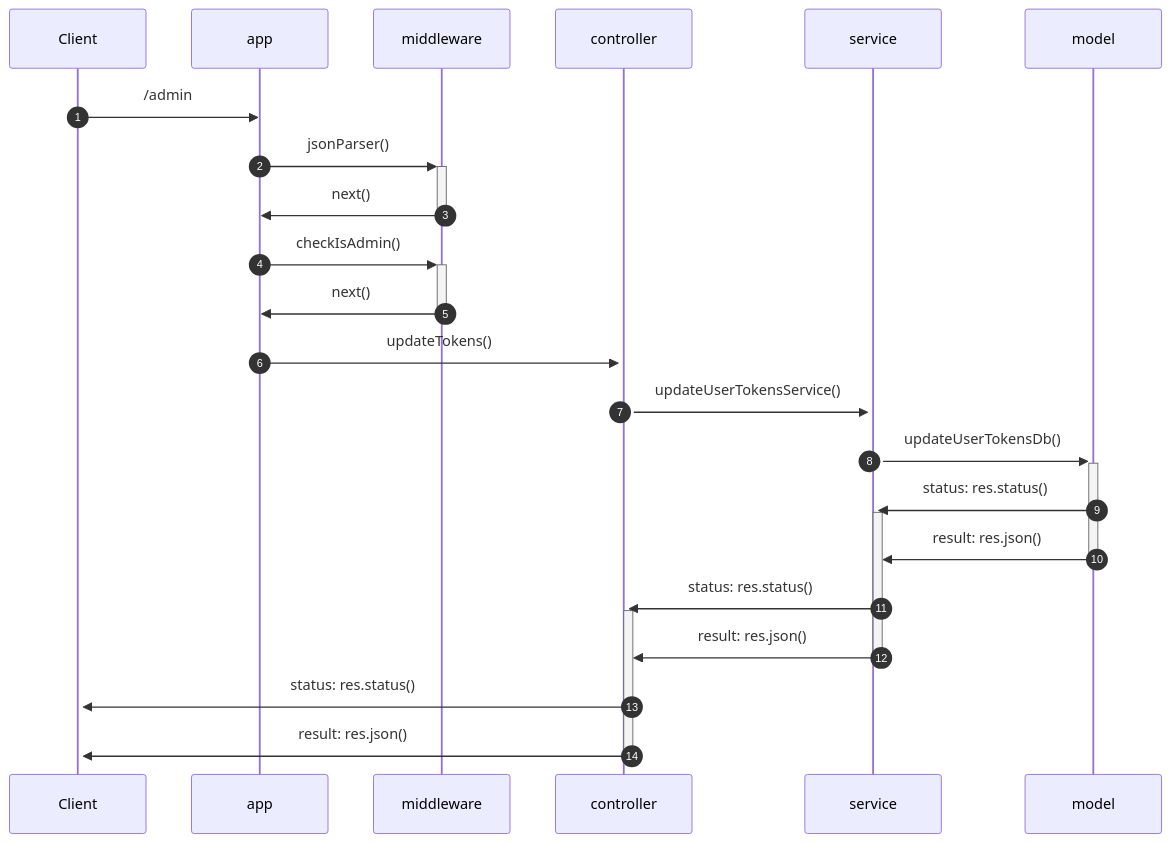
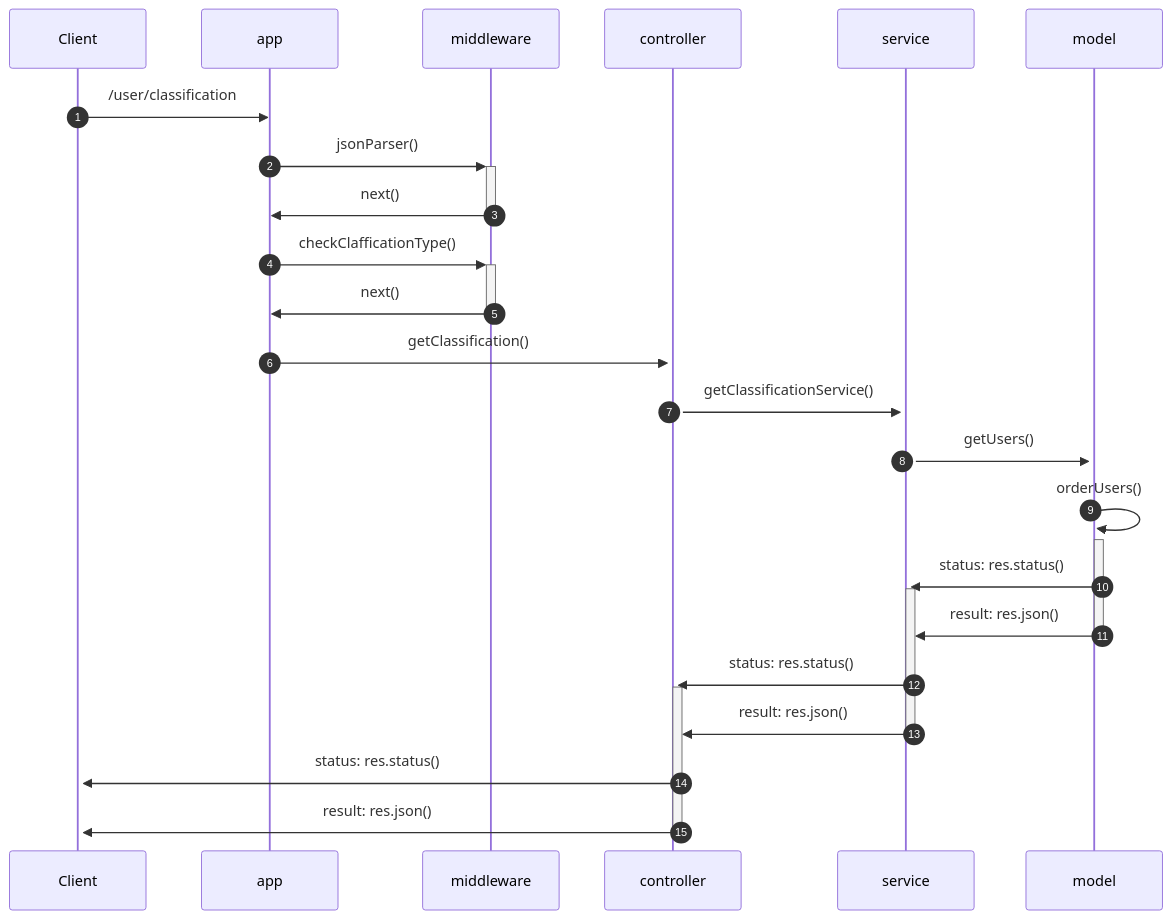
Before and after one commit to LorenzoLongarini/BitBattle: the fourth of 10 diagrams in README.md, drawn with Mermaid. The commit also changed other lines of this file and 3 other files, not shown here.

````diff
--- a/README.md
+++ b/README.md
@@ -171,19 +322,20 @@
 ```mermaid
 sequenceDiagram
 autonumber
 
-Client ->> app: /admin
+Client ->> app: /user/classification
 app ->>+ middleware: jsonParser()
 middleware ->>- app : next()
-app ->>+ middleware: checkIsAdmin()
+app ->>+ middleware: checkClafficationType()
 middleware ->>- app : next()
-app ->>+ controller: updateTokens()
-controller->>+ service: updateUserTokensService()
-service ->>+ model: updateUserTokensDb()
+app ->>+ controller: getClassification()
+controller->>+ service: getClassificationService()
+service ->>+ model: getUsers()
+model ->>+ model: orderUsers()
 model ->>+ service : status: res.status()
 model ->>- service : result: res.json()
 service ->>+ controller: status: res.status()
 service ->>- controller: result: res.json()
 controller->>+ Client : status: res.status()
 controller->>- Client : result: res.json()
 ```
````
